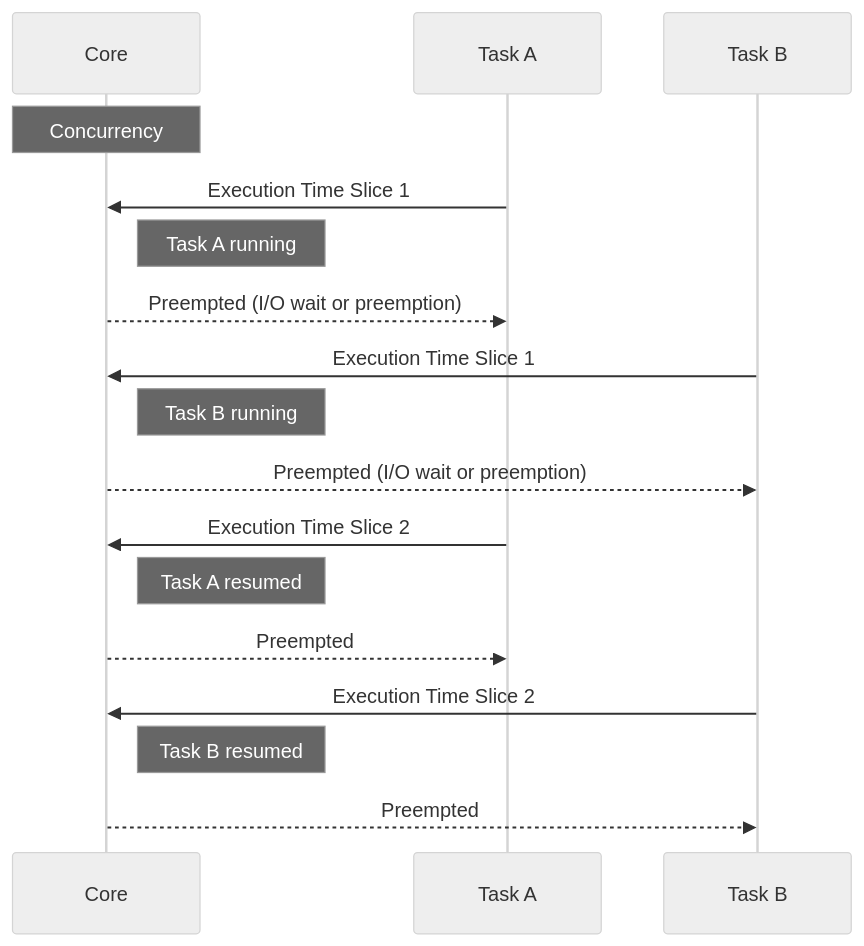
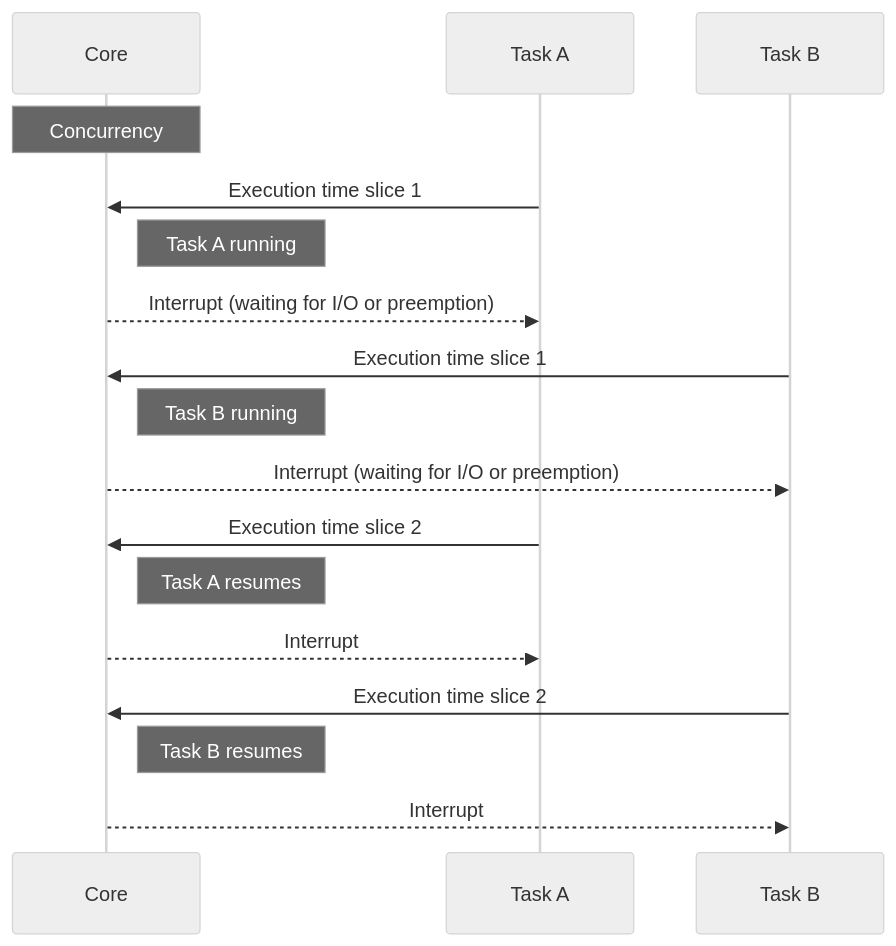
One commit to bmf-san/bmf-tech changed the first of 2 diagrams in content/en/posts/go-concurrency-parallelism-models.md. Above: the diagram before and after it, drawn with Mermaid (neutral theme). The commit also changed other lines of this file and 425 other files, not shown here.

````diff
--- a/content/en/posts/go-concurrency-parallelism-models.md
+++ b/content/en/posts/go-concurrency-parallelism-models.md
@@ -22,20 +24,20 @@
 ```mermaid
 sequenceDiagram
     participant Core as Core
     participant TaskA as Task A
     participant TaskB as Task B
 
     Note over Core: Concurrency
-    TaskA->>Core: Execution Time Slice 1
+    TaskA->>Core: Execution time slice 1
     Note right of Core: Task A running
-    Core-->>TaskA: Preempted (I/O wait or preemption)
-    TaskB->>Core: Execution Time Slice 1
+    Core-->>TaskA: Interrupt (waiting for I/O or preemption)
+    TaskB->>Core: Execution time slice 1
     Note right of Core: Task B running
-    Core-->>TaskB: Preempted (I/O wait or preemption)
-    TaskA->>Core: Execution Time Slice 2
-    Note right of Core: Task A resumed
-    Core-->>TaskA: Preempted
-    TaskB->>Core: Execution Time Slice 2
-    Note right of Core: Task B resumed
-    Core-->>TaskB: Preempted
+    Core-->>TaskB: Interrupt (waiting for I/O or preemption)
+    TaskA->>Core: Execution time slice 2
+    Note right of Core: Task A resumes
+    Core-->>TaskA: Interrupt
+    TaskB->>Core: Execution time slice 2
+    Note right of Core: Task B resumes
+    Core-->>TaskB: Interrupt
 ```
````
